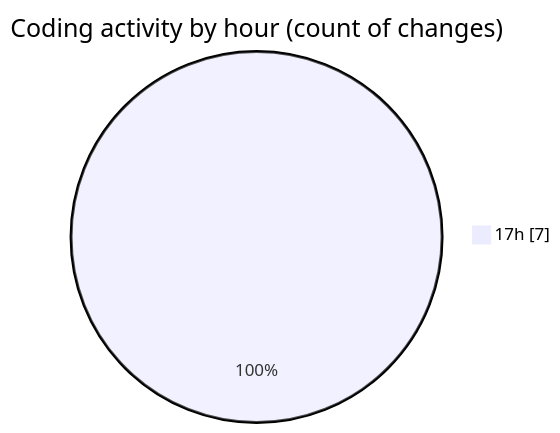
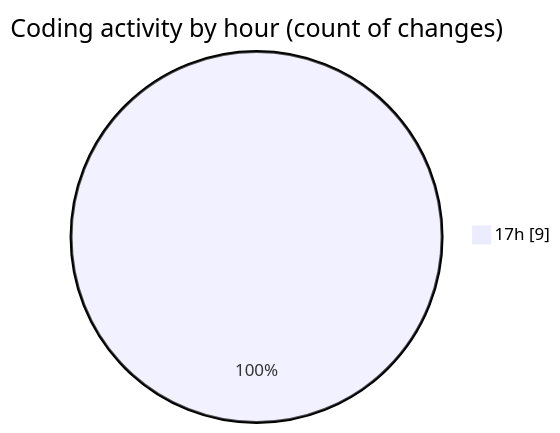
The second of 2 diagrams in 2025-06-28/navtech/README.md (JenPaints/code-tracking), drawn with Mermaid before and after one commit. The commit also changed other lines of this file and 1 other file, not shown here.

````diff
--- a/2025-06-28/navtech/README.md
+++ b/2025-06-28/navtech/README.md
@@ -33,5 +34,5 @@
 ```mermaid
 pie showData
 title Coding activity by hour (count of changes)
-"17h" : 7
+"17h" : 9
 ```
````
